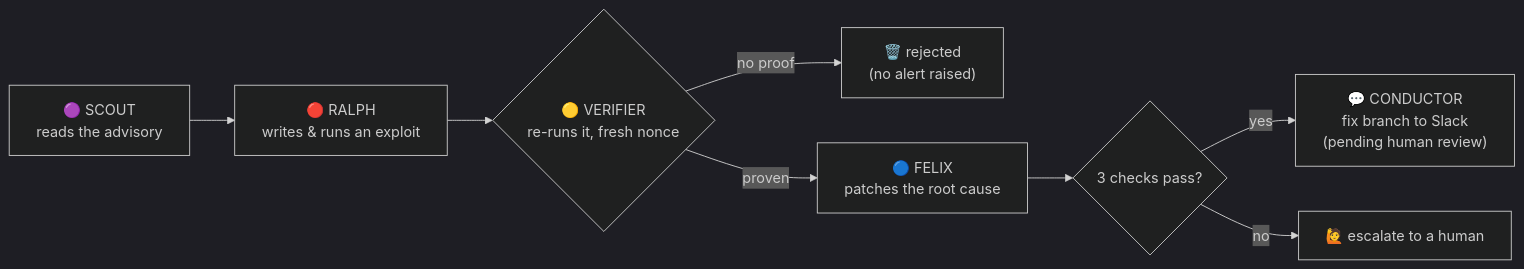
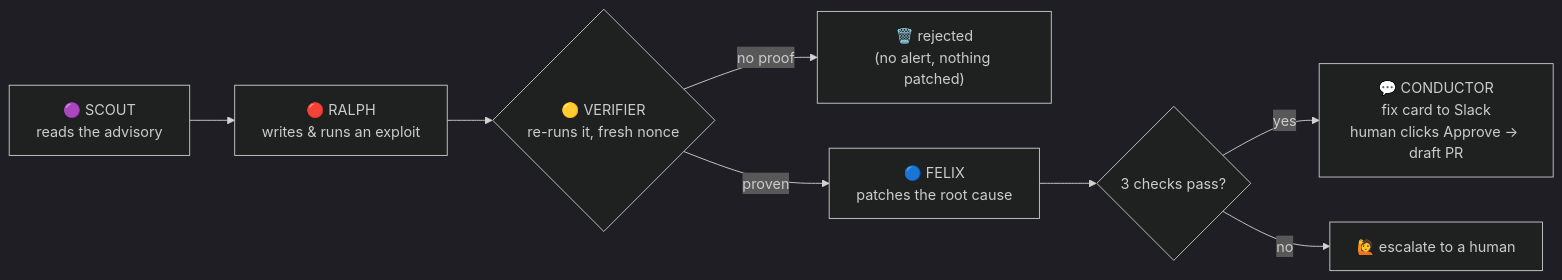
Before and after one commit to djang-c/WreckLess-Cyber-Security: the first of 6 diagrams in README.md, drawn with Mermaid (dark theme). The commit also changed other lines of this file and 3 other files, not shown here.

````diff
--- a/README.md
+++ b/README.md
@@ -29,10 +29,10 @@
 ```mermaid
 flowchart LR
     A["🟣 SCOUT<br/>reads the advisory"] --> B["🔴 RALPH<br/>writes & runs an exploit"]
     B --> C{"🟡 VERIFIER<br/>re-runs it, fresh nonce"}
-    C -->|"no proof"| X["🗑️ rejected<br/>(no alert raised)"]
+    C -->|"no proof"| X["🗑️ rejected<br/>(no alert, nothing patched)"]
     C -->|"proven"| D["🔵 FELIX<br/>patches the root cause"]
     D --> E{"3 checks pass?"}
-    E -->|"yes"| F["💬 CONDUCTOR<br/>fix branch to Slack<br/>(pending human review)"]
+    E -->|"yes"| F["💬 CONDUCTOR<br/>fix card to Slack<br/>human clicks Approve → draft PR"]
     E -->|"no"| G["🙋 escalate to a human"]
 ```
````
